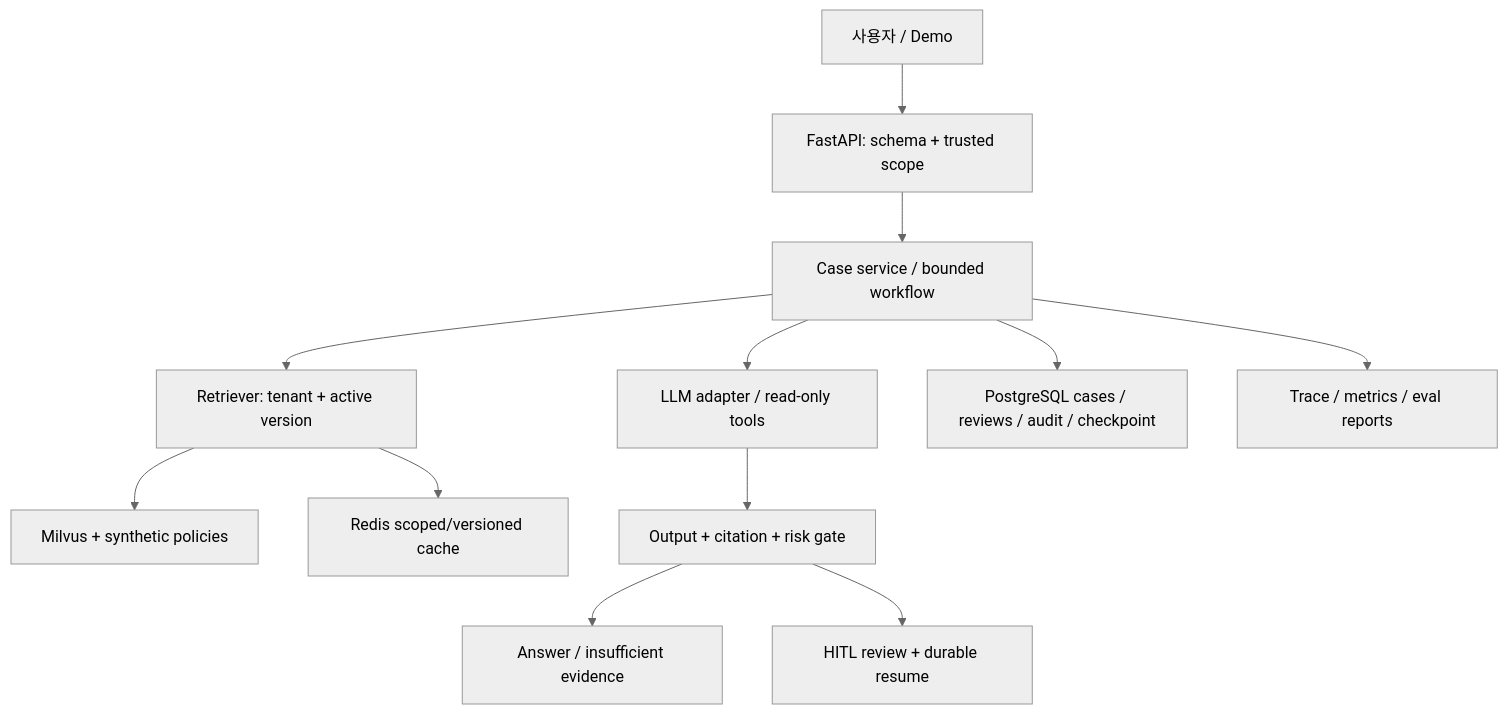
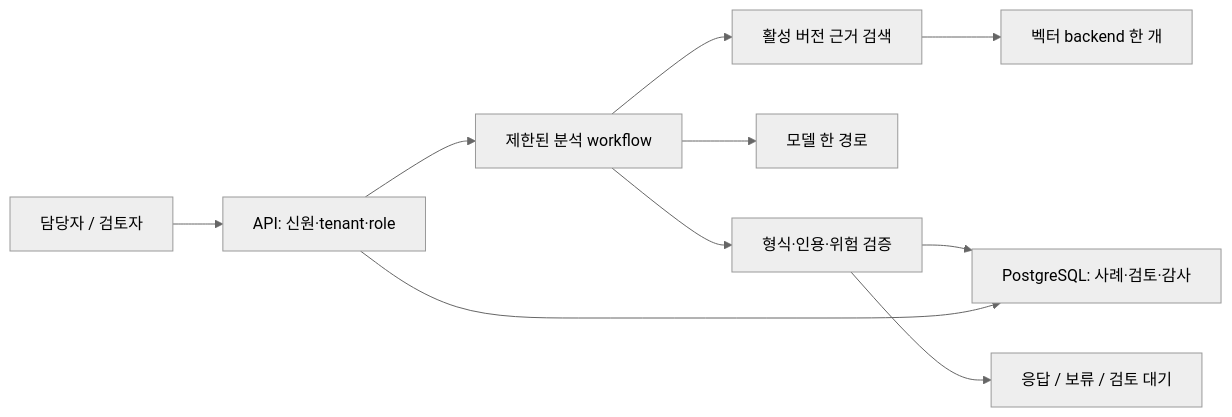
The diagram in docs/project-blueprint.md (realrho/Career-Pivot-Planner-for-Yonsei-GSC), drawn with Mermaid (neutral theme) before and after one commit. The commit also changed other lines of this file and 34 other files, not shown here.

````diff
--- a/docs/project-blueprint.md
+++ b/docs/project-blueprint.md
@@ -40,14 +27,12 @@
-~~~mermaid
-flowchart TD
-    U["사용자 / Demo"] --> API["FastAPI: schema + trusted scope"]
-    API --> S["Case service / bounded workflow"]
-    S --> R["Retriever: tenant + active version"]
-    R --> V["Milvus + synthetic policies"]
-    S --> G["LLM adapter / read-only tools"]
-    G --> O["Output + citation + risk gate"]
-    O --> A["Answer / insufficient evidence"]
-    O --> H["HITL review + durable resume"]
-    S --> P["PostgreSQL cases / reviews / audit / checkpoint"]
-    R --> C["Redis scoped/versioned cache"]
-    S --> T["Trace / metrics / eval reports"]
-~~~
+```mermaid
+flowchart LR
+ U["담당자 / 검토자"] --> A["API: 신원·tenant·role"]
+ A --> W["제한된 분석 workflow"]
+ W --> R["활성 버전 근거 검색"]
+ R --> V["벡터 backend 한 개"]
+ W --> L["모델 한 경로"]
+ W --> G["형식·인용·위험 검증"]
+ G --> D["PostgreSQL: 사례·검토·감사"]
+ G --> O["응답 / 보류 / 검토 대기"]
+ A --> D
+```
````
